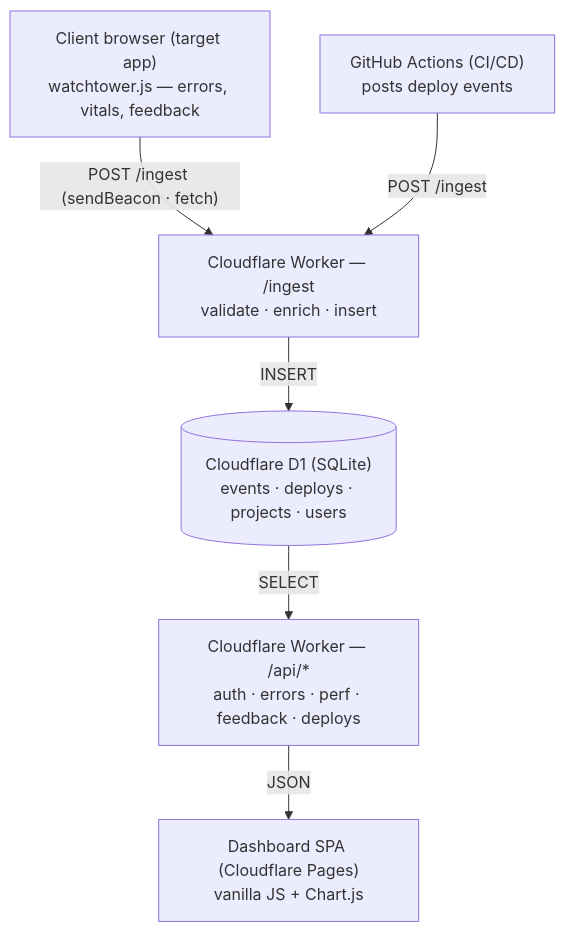
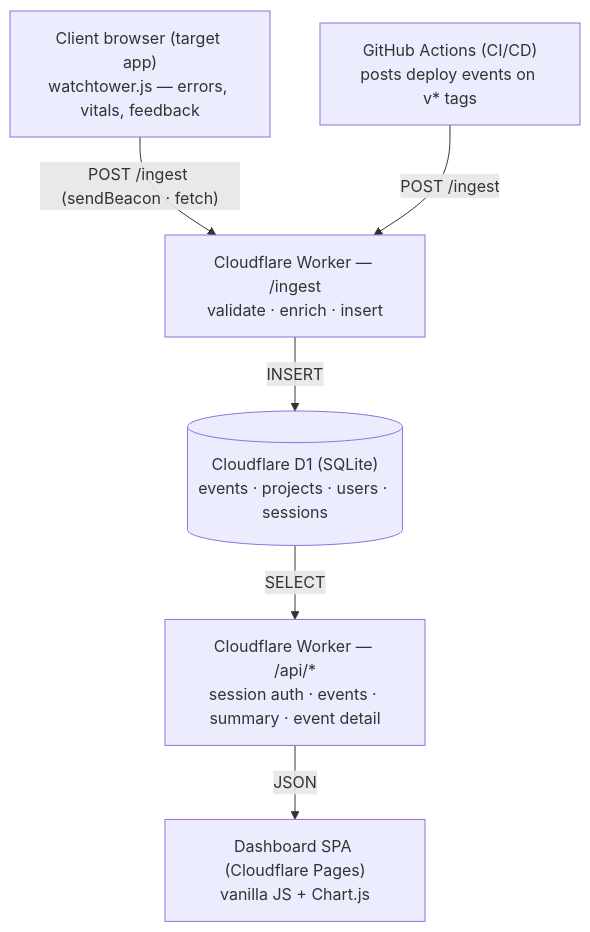
The diagram in docs/ARCHITECTURE.md (cse110-sp26-group7/Watchtower), drawn with Mermaid before and after one commit. The commit also changed other lines of this file and 2 other files, not shown here.

Commit message:
docs(backend): align README + ARCHITECTURE with shipped behavior

````diff
--- a/docs/ARCHITECTURE.md
+++ b/docs/ARCHITECTURE.md
@@ -20,15 +20,15 @@
 ```mermaid
 flowchart TD
   A["Client browser (target app)<br/>watchtower.js — errors, vitals, feedback"]
-  B["GitHub Actions (CI/CD)<br/>posts deploy events"]
+  B["GitHub Actions (CI/CD)<br/>posts deploy events on v* tags"]
   C["Cloudflare Worker — /ingest<br/>validate · enrich · insert"]
-  D[("Cloudflare D1 (SQLite)<br/>events · deploys · projects · users")]
-  E["Cloudflare Worker — /api/*<br/>auth · errors · perf · feedback · deploys"]
+  D[("Cloudflare D1 (SQLite)<br/>events · projects · users · sessions")]
+  E["Cloudflare Worker — /api/*<br/>session auth · events · summary · event detail"]
   F["Dashboard SPA (Cloudflare Pages)<br/>vanilla JS + Chart.js"]
 
   A -->|"POST /ingest (sendBeacon · fetch)"| C
   B -->|"POST /ingest"| C
   C -->|INSERT| D
   D -->|SELECT| E
   E -->|JSON| F
 ```
````
